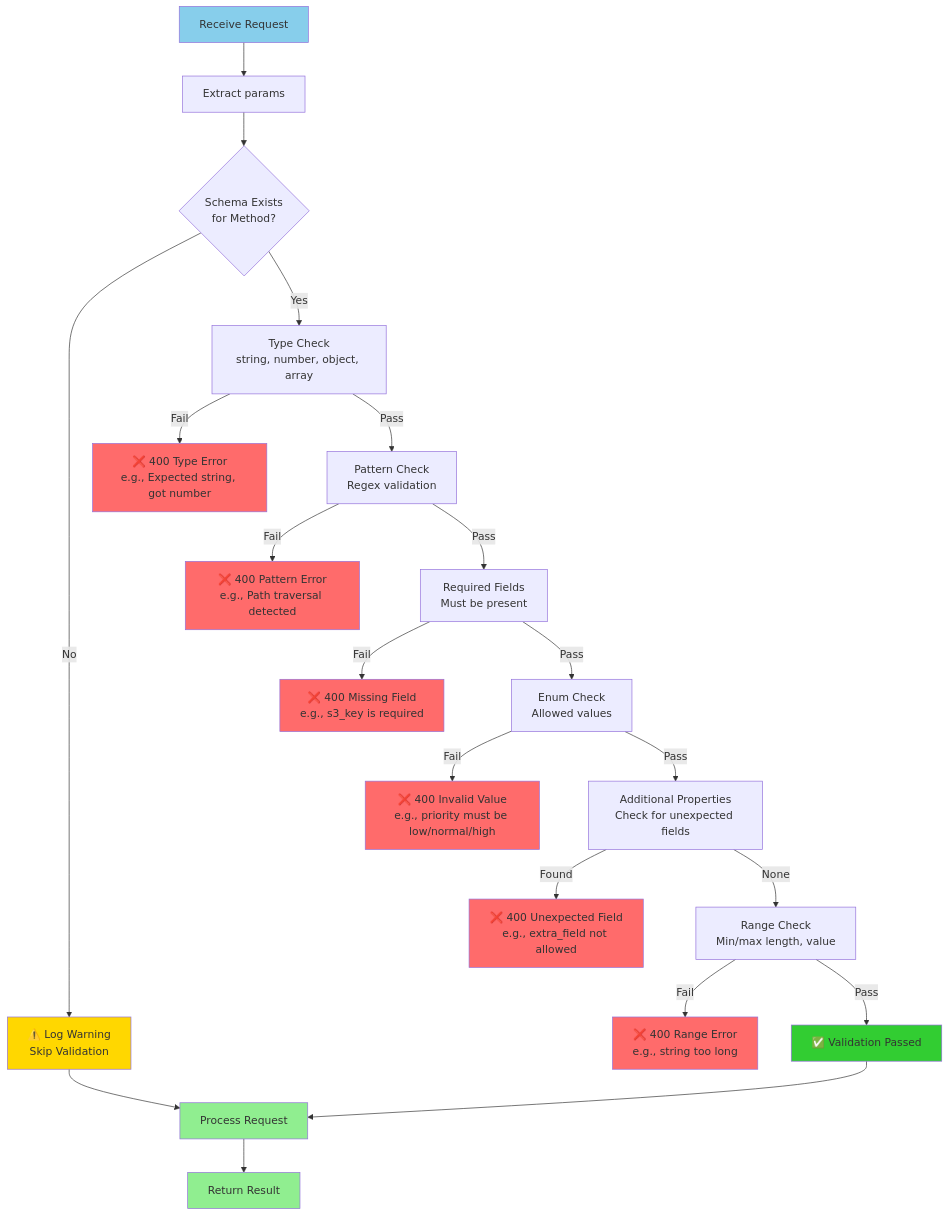
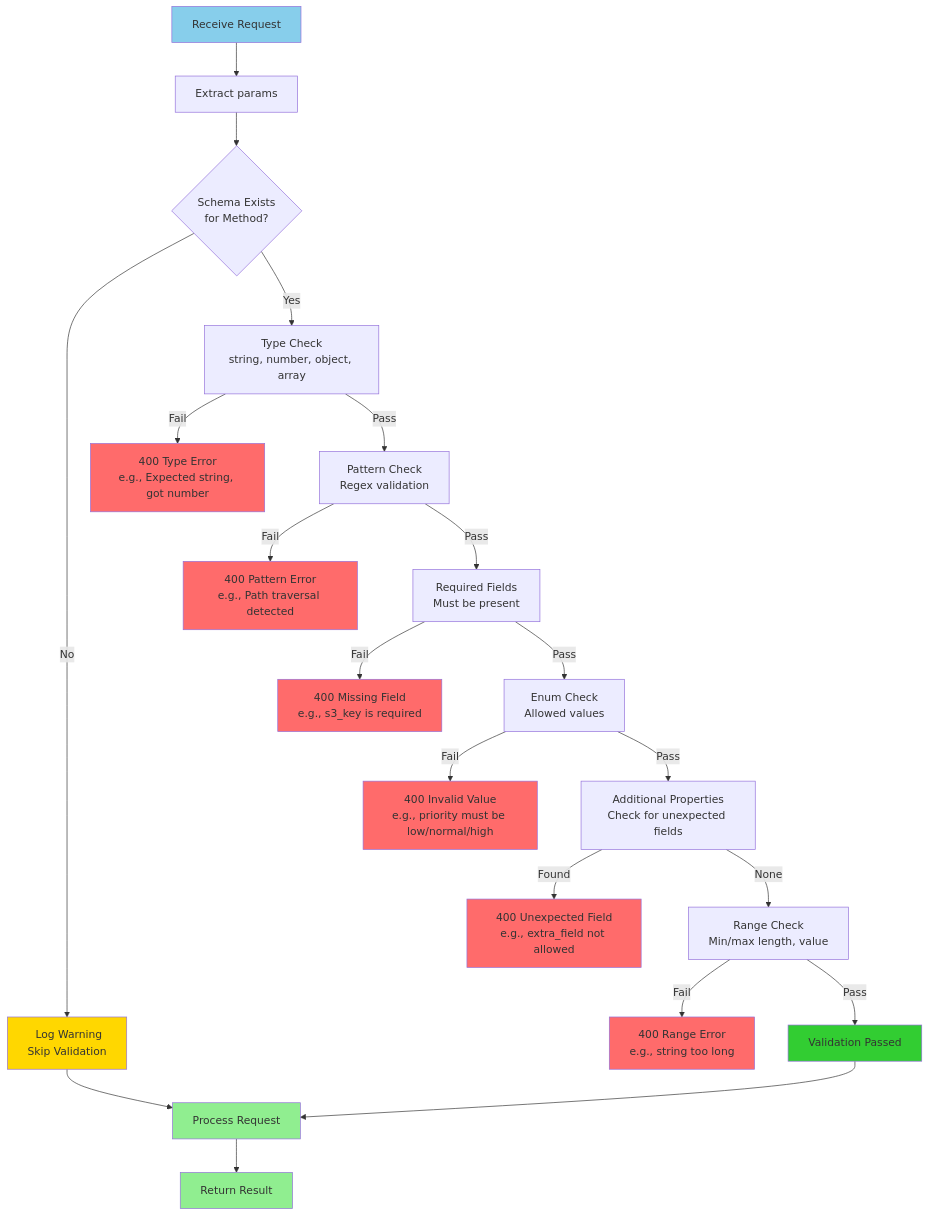
Before and after one commit to jaafar-benabderrazak/ca_a2a: the ninth of 13 diagrams in A2A_PROTOCOL_SECURITY_TECHNICAL.md, drawn with Mermaid. The commit also changed other lines of this file and 19 other files, not shown here.

````diff
--- a/A2A_PROTOCOL_SECURITY_TECHNICAL.md
+++ b/A2A_PROTOCOL_SECURITY_TECHNICAL.md
@@ -857,43 +857,43 @@
 ```mermaid
 flowchart TD
-    Start[Receive Request] --> Extract[Extract params]
-    Extract --> SchemaLookup{Schema Exists<br/>for Method?}
-    
-    SchemaLookup -->|No| Warn[⚠️ Log Warning<br/>Skip Validation]
-    Warn --> Process[Process Request]
-    
-    SchemaLookup -->|Yes| TypeCheck[Type Check<br/>string, number, object, array]
-    
-    TypeCheck -->|Fail| Error1[❌ 400 Type Error<br/>e.g., Expected string, got number]
-    TypeCheck -->|Pass| PatternCheck[Pattern Check<br/>Regex validation]
-    
-    PatternCheck -->|Fail| Error2[❌ 400 Pattern Error<br/>e.g., Path traversal detected]
-    PatternCheck -->|Pass| RequiredCheck[Required Fields<br/>Must be present]
-    
-    RequiredCheck -->|Fail| Error3[❌ 400 Missing Field<br/>e.g., s3_key is required]
-    RequiredCheck -->|Pass| EnumCheck[Enum Check<br/>Allowed values]
-    
-    EnumCheck -->|Fail| Error4[❌ 400 Invalid Value<br/>e.g., priority must be low/normal/high]
-    EnumCheck -->|Pass| AdditionalCheck[Additional Properties<br/>Check for unexpected fields]
-    
-    AdditionalCheck -->|Found| Error5[❌ 400 Unexpected Field<br/>e.g., extra_field not allowed]
-    AdditionalCheck -->|None| RangeCheck[Range Check<br/>Min/max length, value]
-    
-    RangeCheck -->|Fail| Error6[❌ 400 Range Error<br/>e.g., string too long]
-    RangeCheck -->|Pass| Success[✅ Validation Passed]
-    
-    Success --> Process
-    Process --> Response[Return Result]
-    
-    style Start fill:#87CEEB
-    style Success fill:#32CD32
-    style Process fill:#90EE90
-    style Response fill:#90EE90
-    style Warn fill:#FFD700
-    style Error1 fill:#FF6B6B
-    style Error2 fill:#FF6B6B
-    style Error3 fill:#FF6B6B
-    style Error4 fill:#FF6B6B
-    style Error5 fill:#FF6B6B
-    style Error6 fill:#FF6B6B
+ Start[Receive Request] --> Extract[Extract params]
+ Extract --> SchemaLookup{Schema Exists<br/>for Method?}
+ 
+ SchemaLookup -->|No| Warn[️ Log Warning<br/>Skip Validation]
+ Warn --> Process[Process Request]
+ 
+ SchemaLookup -->|Yes| TypeCheck[Type Check<br/>string, number, object, array]
+ 
+ TypeCheck -->|Fail| Error1[ 400 Type Error<br/>e.g., Expected string, got number]
+ TypeCheck -->|Pass| PatternCheck[Pattern Check<br/>Regex validation]
+ 
+ PatternCheck -->|Fail| Error2[ 400 Pattern Error<br/>e.g., Path traversal detected]
+ PatternCheck -->|Pass| RequiredCheck[Required Fields<br/>Must be present]
+ 
+ RequiredCheck -->|Fail| Error3[ 400 Missing Field<br/>e.g., s3_key is required]
+ RequiredCheck -->|Pass| EnumCheck[Enum Check<br/>Allowed values]
+ 
+ EnumCheck -->|Fail| Error4[ 400 Invalid Value<br/>e.g., priority must be low/normal/high]
+ EnumCheck -->|Pass| AdditionalCheck[Additional Properties<br/>Check for unexpected fields]
+ 
+ AdditionalCheck -->|Found| Error5[ 400 Unexpected Field<br/>e.g., extra_field not allowed]
+ AdditionalCheck -->|None| RangeCheck[Range Check<br/>Min/max length, value]
+ 
+ RangeCheck -->|Fail| Error6[ 400 Range Error<br/>e.g., string too long]
+ RangeCheck -->|Pass| Success[ Validation Passed]
+ 
+ Success --> Process
+ Process --> Response[Return Result]
+ 
+ style Start fill:#87CEEB
+ style Success fill:#32CD32
+ style Process fill:#90EE90
+ style Response fill:#90EE90
+ style Warn fill:#FFD700
+ style Error1 fill:#FF6B6B
+ style Error2 fill:#FF6B6B
+ style Error3 fill:#FF6B6B
+ style Error4 fill:#FF6B6B
+ style Error5 fill:#FF6B6B
+ style Error6 fill:#FF6B6B
 ```
````
